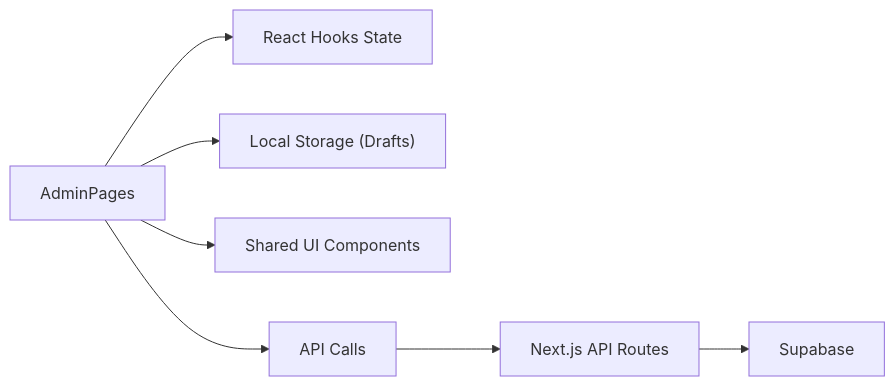
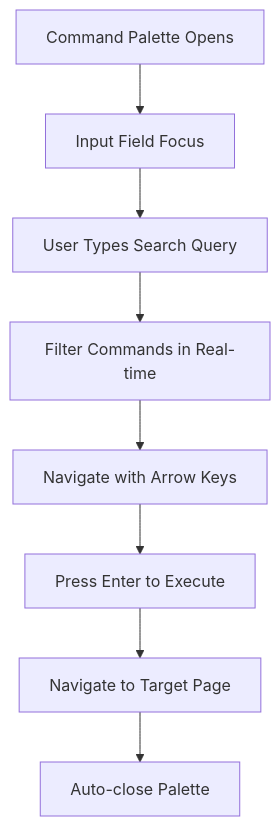
One commit to ObeyMuchechesi/TicketFlow changed the ninth of 10 diagrams in .qoder/repowiki/en/content/Admin Dashboard/Admin Dashboard.md. Above: the diagram before and after it, drawn with Mermaid. The commit also changed other lines of this file and 12 other files, not shown here.

First line of the commit message:
docs: EcoCash schema columns and project documentation refresh

````diff
--- a/.qoder/repowiki/en/content/Admin Dashboard/Admin Dashboard.md
+++ b/.qoder/repowiki/en/content/Admin Dashboard/Admin Dashboard.md
@@ -329,9 +409,10 @@
 ```mermaid
-graph LR
-A["AdminPages"] --> B["React Hooks State"]
-A --> C["Local Storage (Drafts)"]
-A --> D["Shared UI Components"]
-A --> E["API Calls"]
-E --> F["Next.js API Routes"]
-F --> G["Supabase"]
+flowchart TD
+CmdOpen["Command Palette Opens"] --> InputFocus["Input Field Focus"]
+InputFocus --> TypeSearch["User Types Search Query"]
+TypeSearch --> FilterResults["Filter Commands in Real-time"]
+FilterResults --> NavigateItems["Navigate with Arrow Keys"]
+NavigateItems --> SelectCommand["Press Enter to Execute"]
+SelectCommand --> NavigateTo["Navigate to Target Page"]
+NavigateTo --> ClosePalette["Auto-close Palette"]
 ```
````
